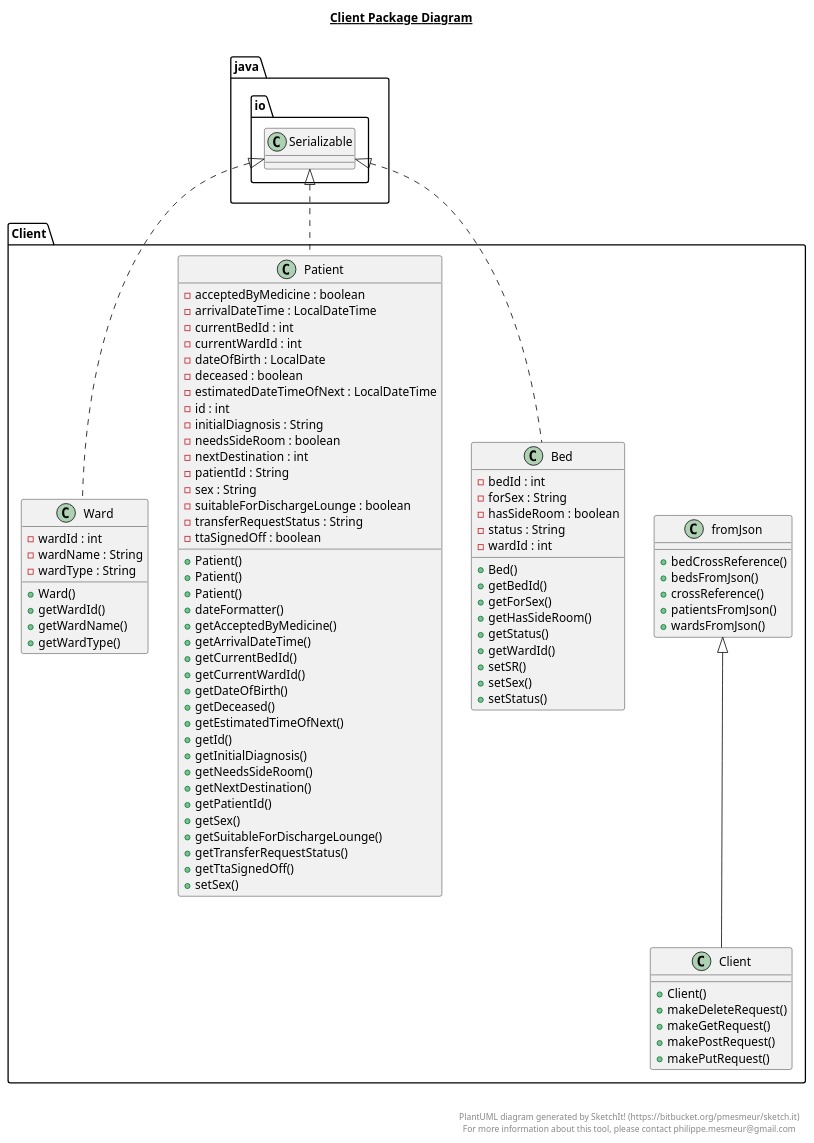
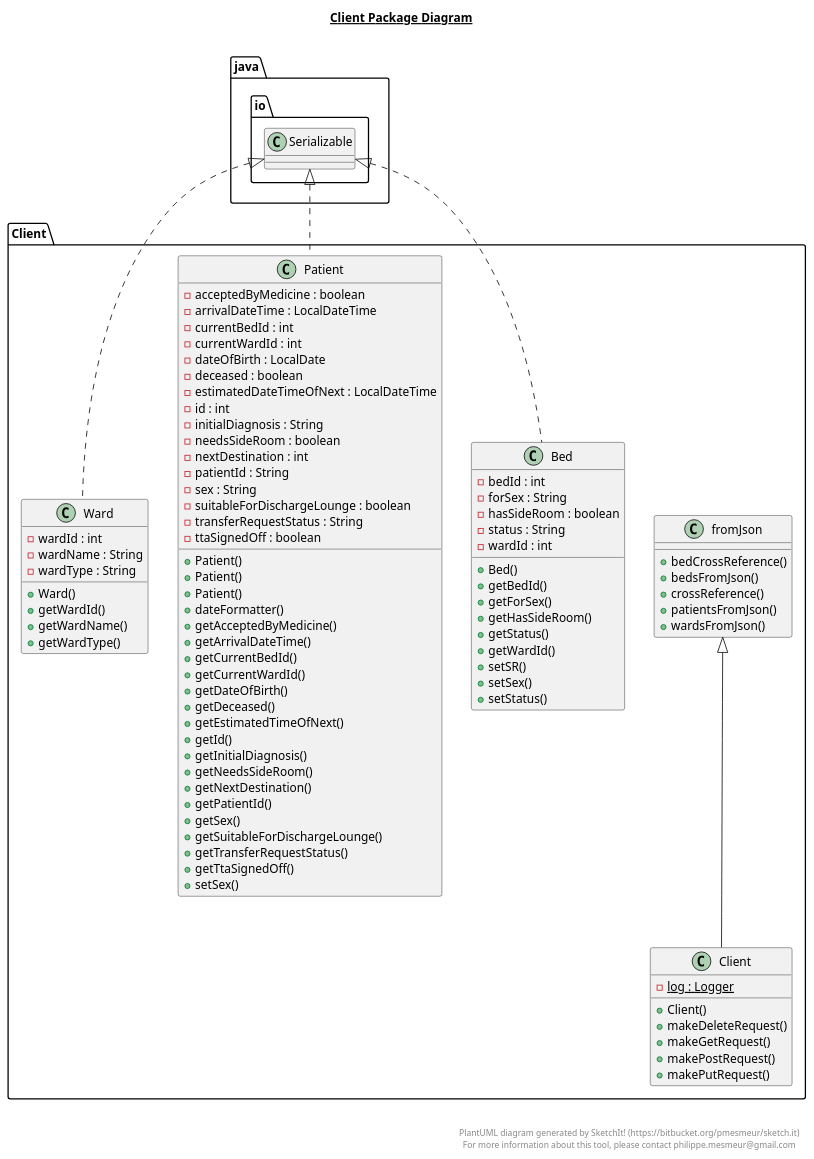
Before and after one commit to felipe-rg/GoingWithTheFlow: the diagram in src/main/java/Client/Client.plantuml, drawn with PlantUML.

Commit message:
UML Diagram Client Commenting Client logging

```diff
--- a/src/main/java/Client/Client.plantuml
+++ b/src/main/java/Client/Client.plantuml
@@ -1,122 +1,123 @@
 @startuml
 
 title __Client Package Diagram__\n
 
 
     namespace Client {
       class Client.Bed {
           - bedId : int
           - forSex : String
           - hasSideRoom : boolean
           - status : String
           - wardId : int
           + Bed()
           + getBedId()
           + getForSex()
           + getHasSideRoom()
           + getStatus()
           + getWardId()
           + setSR()
           + setSex()
           + setStatus()
       }
     }
 
   
 
     namespace Client {
       class Client.Client {
+      {static} - log : Logger
           + Client()
           + makeDeleteRequest()
           + makeGetRequest()
           + makePostRequest()
           + makePutRequest()
       }
     }
 
   
 
     namespace Client {
       class Client.Patient {
           - acceptedByMedicine : boolean
           - arrivalDateTime : LocalDateTime
           - currentBedId : int
           - currentWardId : int
           - dateOfBirth : LocalDate
           - deceased : boolean
           - estimatedDateTimeOfNext : LocalDateTime
           - id : int
           - initialDiagnosis : String
           - needsSideRoom : boolean
           - nextDestination : int
           - patientId : String
           - sex : String
           - suitableForDischargeLounge : boolean
           - transferRequestStatus : String
           - ttaSignedOff : boolean
           + Patient()
           + Patient()
           + Patient()
           + dateFormatter()
           + getAcceptedByMedicine()
           + getArrivalDateTime()
           + getCurrentBedId()
           + getCurrentWardId()
           + getDateOfBirth()
           + getDeceased()
           + getEstimatedTimeOfNext()
           + getId()
           + getInitialDiagnosis()
           + getNeedsSideRoom()
           + getNextDestination()
           + getPatientId()
           + getSex()
           + getSuitableForDischargeLounge()
           + getTransferRequestStatus()
           + getTtaSignedOff()
           + setSex()
       }
     }
 
   
 
     namespace Client {
       class Client.Ward {
           - wardId : int
           - wardName : String
           - wardType : String
           + Ward()
           + getWardId()
           + getWardName()
           + getWardType()
       }
     }
 
   
 
     namespace Client {
       class Client.fromJson {
           + bedCrossReference()
           + bedsFromJson()
           + crossReference()
           + patientsFromJson()
           + wardsFromJson()
       }
     }
 
   
 
   Client.Bed .up.|> java.io.Serializable
   Client.Client -up-|> Client.fromJson
   Client.Patient .up.|> java.io.Serializable
   Client.Ward .up.|> java.io.Serializable
 
 
 right footer
 
 
 PlantUML diagram generated by SketchIt! (https://bitbucket.org/pmesmeur/sketch.it)
 For more information about this tool, please contact philippe.mesmeur@gmail.com
 endfooter
 
 @enduml
```
